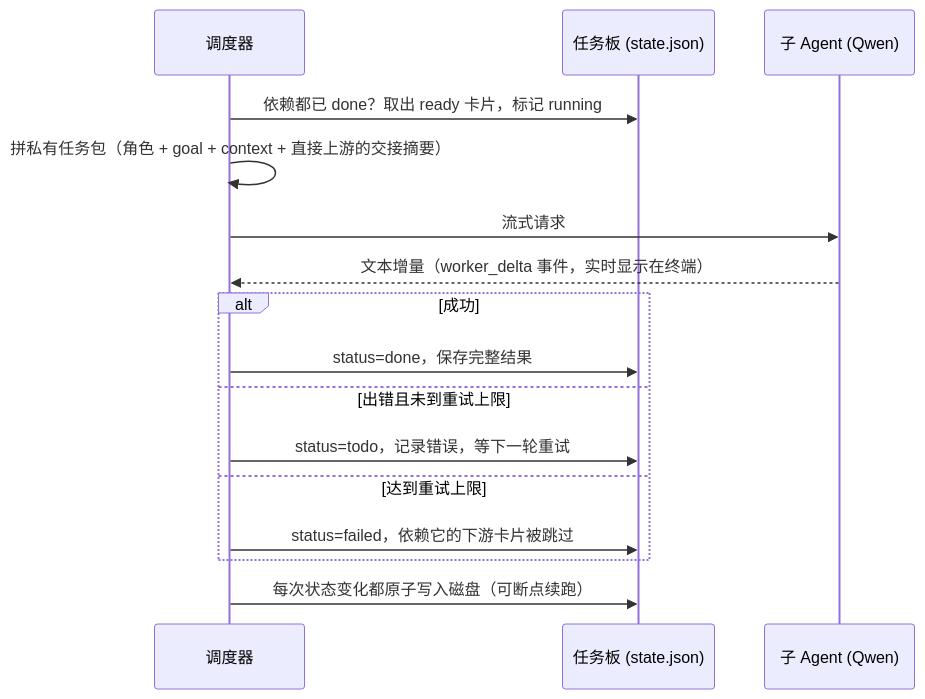
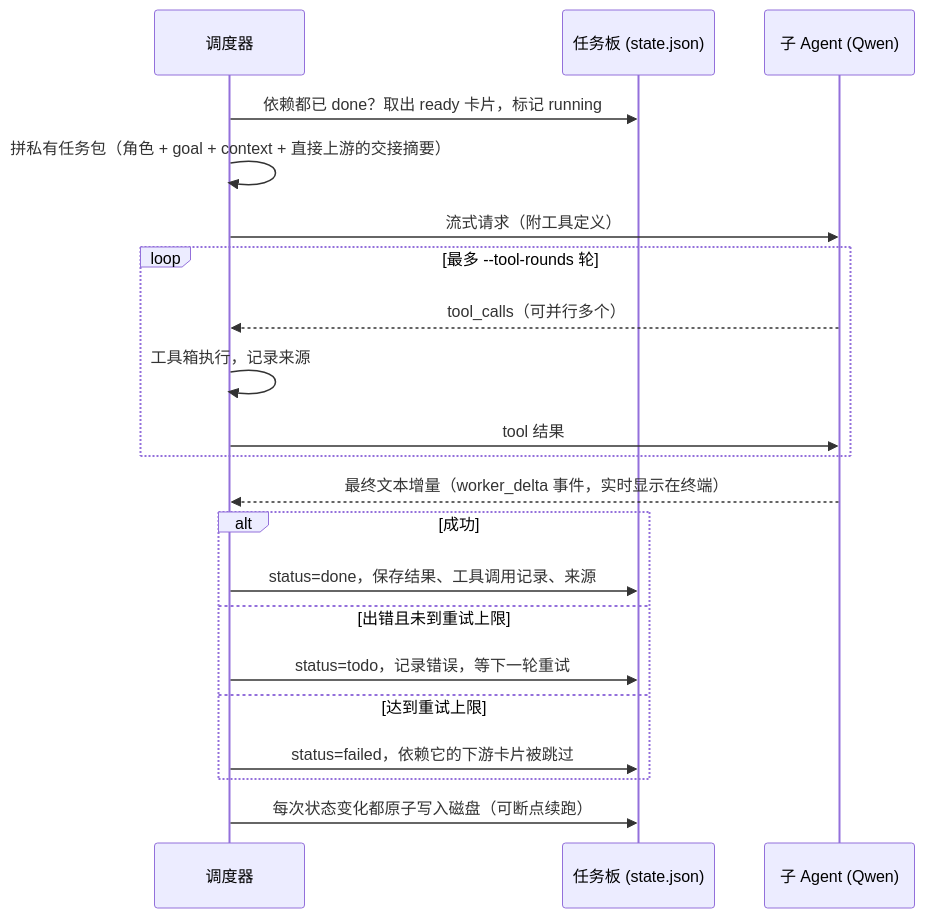
Before and after one commit to zhenyuduan98/multi-agent-travel-planner: the second of 2 diagrams in README.md, drawn with Mermaid. The commit also changed other lines of this file and 13 other files, not shown here.

````diff
--- a/README.md
+++ b/README.md
@@ -232,18 +303,23 @@
 ```mermaid
 sequenceDiagram
     participant O as 调度器
     participant B as 任务板 (state.json)
     participant W as 子 Agent (Qwen)
     O->>B: 依赖都已 done？取出 ready 卡片，标记 running
     O->>O: 拼私有任务包（角色 + goal + context + 直接上游的交接摘要）
-    O->>W: 流式请求
-    W-->>O: 文本增量（worker_delta 事件，实时显示在终端）
+    O->>W: 流式请求（附工具定义）
+    loop 最多 --tool-rounds 轮
+        W-->>O: tool_calls（可并行多个）
+        O->>O: 工具箱执行，记录来源
+        O->>W: tool 结果
+    end
+    W-->>O: 最终文本增量（worker_delta 事件，实时显示在终端）
     alt 成功
-        O->>B: status=done，保存完整结果
+        O->>B: status=done，保存结果、工具调用记录、来源
     else 出错且未到重试上限
         O->>B: status=todo，记录错误，等下一轮重试
     else 达到重试上限
         O->>B: status=failed，依赖它的下游卡片被跳过
     end
     O->>B: 每次状态变化都原子写入磁盘（可断点续跑）
 ```
````
